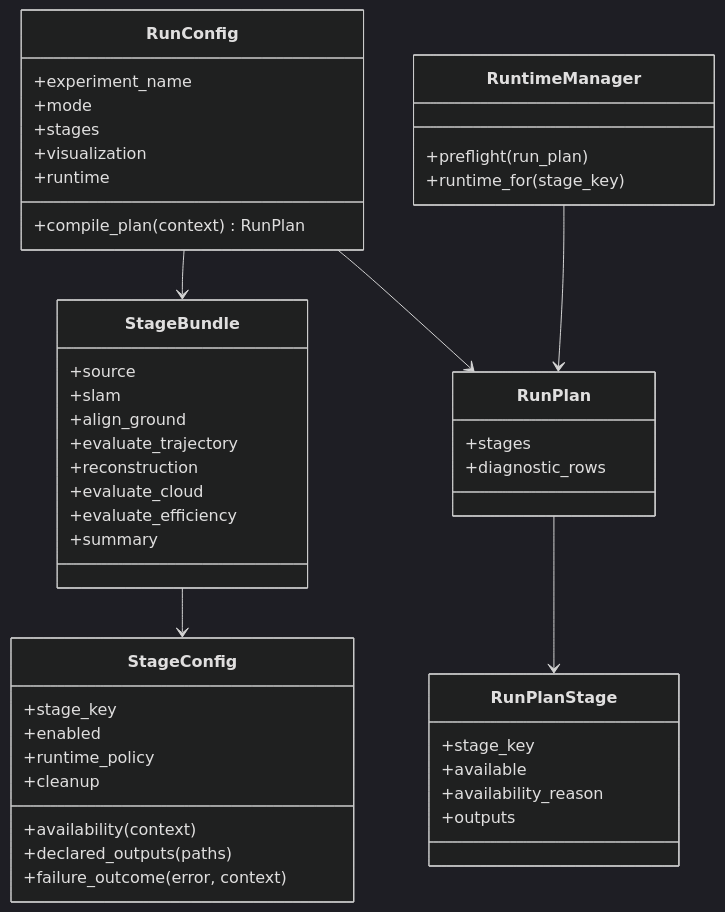
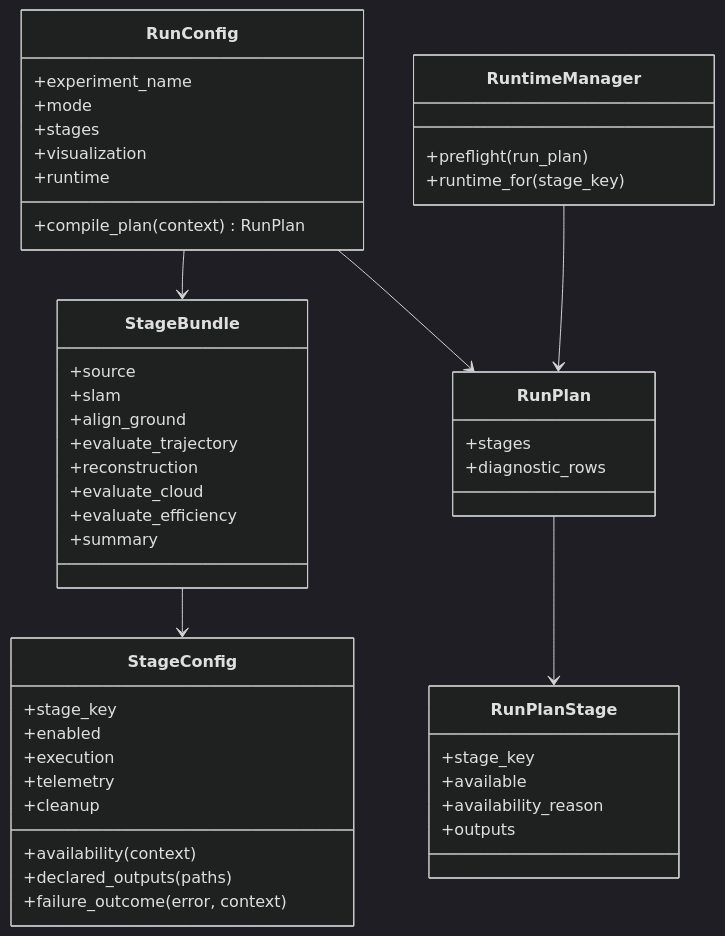
One commit to JanDuchscherer104/prml-vslam changed the third of 17 diagrams in docs/architecture/pipeline-stage-refactor-target.md. Above: the diagram before and after it, drawn with Mermaid (dark theme). The commit also changed other lines of this file, not shown here.

````diff
--- a/docs/architecture/pipeline-stage-refactor-target.md
+++ b/docs/architecture/pipeline-stage-refactor-target.md
@@ -278,55 +276,56 @@
 ```mermaid
 classDiagram
     class RunConfig {
         +experiment_name
         +mode
         +stages
         +visualization
         +runtime
         +compile_plan(context) RunPlan
     }
 
     class StageBundle {
         +source
         +slam
         +align_ground
         +evaluate_trajectory
         +reconstruction
         +evaluate_cloud
         +evaluate_efficiency
         +summary
     }
 
     class StageConfig {
         +stage_key
         +enabled
-        +runtime_policy
+        +execution
+        +telemetry
         +cleanup
         +availability(context)
         +declared_outputs(paths)
         +failure_outcome(error, context)
     }
 
     class RunPlan {
         +stages
         +diagnostic_rows
     }
 
     class RunPlanStage {
         +stage_key
         +available
         +availability_reason
         +outputs
     }
 
     class RuntimeManager {
         +preflight(run_plan)
         +runtime_for(stage_key)
     }
 
     RunConfig --> StageBundle
     StageBundle --> StageConfig
     RunConfig --> RunPlan
     RunPlan --> RunPlanStage
     RuntimeManager --> RunPlan
 ```
````
